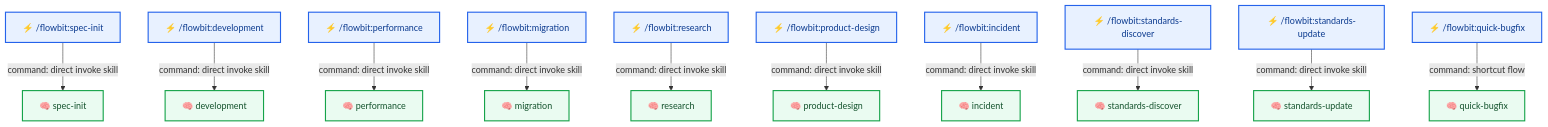
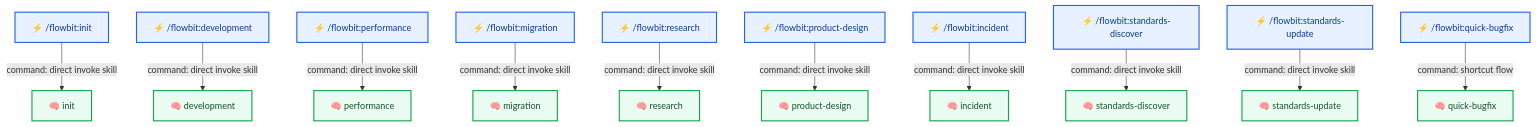
One commit to plucins/flowbit changed the fifth of 9 diagrams in docs/flow/overview.md. Above: the diagram before and after it, drawn with Mermaid. The commit also changed other lines of this file and 22 other files, not shown here.

````diff
--- a/docs/flow/overview.md
+++ b/docs/flow/overview.md
@@ -152,18 +152,18 @@
 ```mermaid
 graph TD
-  INIT["⚡ /flowbit:spec-init"] -- "command: direct invoke skill" --> S_INIT["🧠 spec-init"]
+  INIT["⚡ /flowbit:init"] -- "command: direct invoke skill" --> S_INIT["🧠 init"]
   DEV["⚡ /flowbit:development"] -- "command: direct invoke skill" --> S_DEV["🧠 development"]
   PERF["⚡ /flowbit:performance"] -- "command: direct invoke skill" --> S_PERF["🧠 performance"]
   MIG["⚡ /flowbit:migration"] -- "command: direct invoke skill" --> S_MIG["🧠 migration"]
   RES["⚡ /flowbit:research"] -- "command: direct invoke skill" --> S_RES["🧠 research"]
   PD["⚡ /flowbit:product-design"] -- "command: direct invoke skill" --> S_PD["🧠 product-design"]
   INC["⚡ /flowbit:incident"] -- "command: direct invoke skill" --> S_INC["🧠 incident"]
   STD_DISC["⚡ /flowbit:standards-discover"] -- "command: direct invoke skill" --> S_STD_DISC["🧠 standards-discover"]
   STD_UPD["⚡ /flowbit:standards-update"] -- "command: direct invoke skill" --> S_STD_UPD["🧠 standards-update"]
   QBUG["⚡ /flowbit:quick-bugfix"] -- "command: shortcut flow" --> S_QBUG["🧠 quick-bugfix"]
 
   classDef cmd fill:#E8F1FF,stroke:#2563EB,stroke-width:2px,color:#0B3A8F;
   classDef skill fill:#EAFBF1,stroke:#16A34A,stroke-width:2px,color:#14532D;
   class INIT,DEV,PERF,MIG,RES,PD,INC,STD_DISC,STD_UPD,QBUG cmd;
   class S_INIT,S_DEV,S_PERF,S_MIG,S_RES,S_PD,S_INC,S_STD_DISC,S_STD_UPD,S_QBUG skill;
 ```
````
